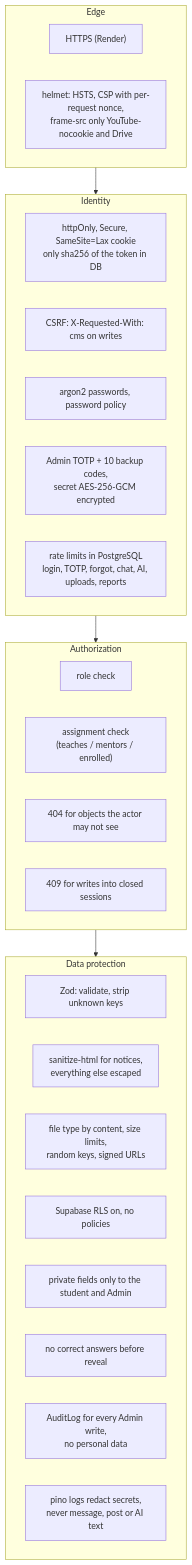
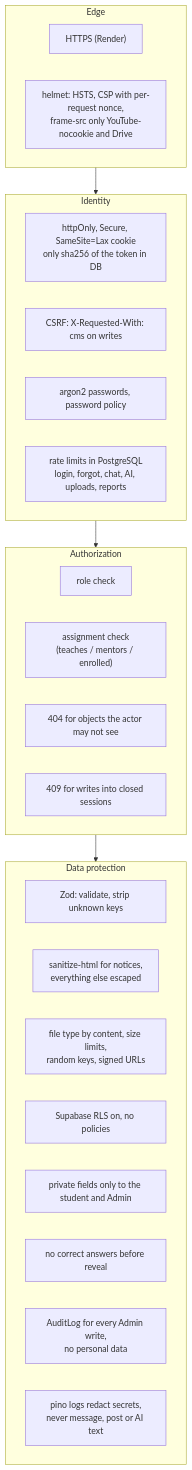
Diagram 38 of 41 in docs/architecture.md (chinmoy567/College-Management), drawn with Mermaid before and after one commit. The commit also changed other lines of this file and 7 other files, not shown here.

Commit message:
docs: remove Admin TOTP from implementation plans, architecture diagrams (request pipeline, login sequence, session states, security, entity fields) and tech stack (otplib row)

````diff
--- a/docs/architecture.md
+++ b/docs/architecture.md
@@ -1236,31 +1222,30 @@
 ```mermaid
 flowchart TB
     subgraph edge["Edge"]
         https["HTTPS (Render)"]
         headers["helmet: HSTS, CSP with per-request nonce,<br/>frame-src only YouTube-nocookie and Drive"]
     end
     subgraph identity["Identity"]
         cookie["httpOnly, Secure, SameSite=Lax cookie<br/>only sha256 of the token in DB"]
         csrf["CSRF: X-Requested-With: cms on writes"]
         argon["argon2 passwords, password policy"]
-        totp["Admin TOTP + 10 backup codes,<br/>secret AES-256-GCM encrypted"]
-        rl["rate limits in PostgreSQL<br/>login, TOTP, forgot, chat, AI, uploads, reports"]
+        rl["rate limits in PostgreSQL<br/>login, forgot, chat, AI, uploads, reports"]
     end
     subgraph authz["Authorization"]
         role["role check"]
         assign["assignment check<br/>(teaches / mentors / enrolled)"]
         hide["404 for objects the actor may not see"]
         closed["409 for writes into closed sessions"]
     end
     subgraph data["Data protection"]
         zod["Zod: validate, strip unknown keys"]
         san["sanitize-html for notices,<br/>everything else escaped"]
         files["file type by content, size limits,<br/>random keys, signed URLs"]
         rls["Supabase RLS on, no policies"]
         priv["private fields only to the student and Admin"]
         exam["no correct answers before reveal"]
         audit["AuditLog for every Admin write,<br/>no personal data"]
         logs["pino logs redact secrets,<br/>never message, post or AI text"]
     end
     edge --> identity --> authz --> data
 ```
````
